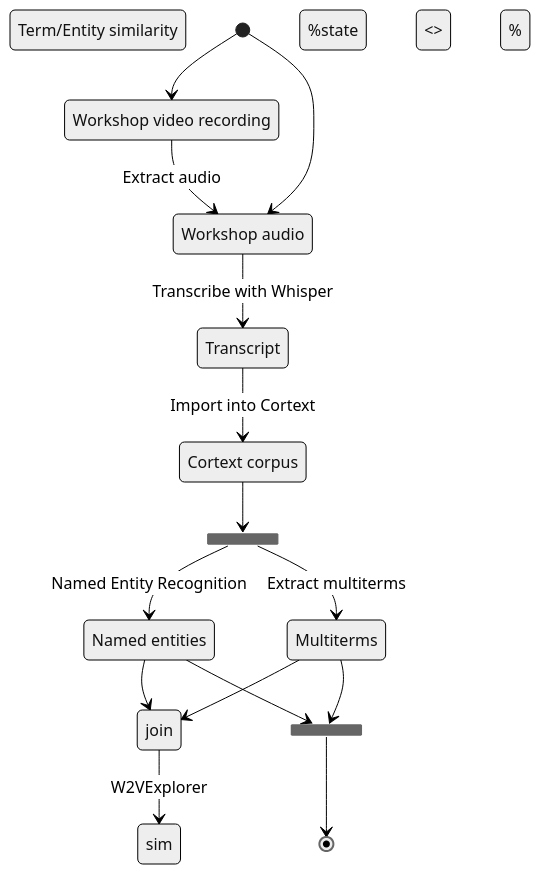
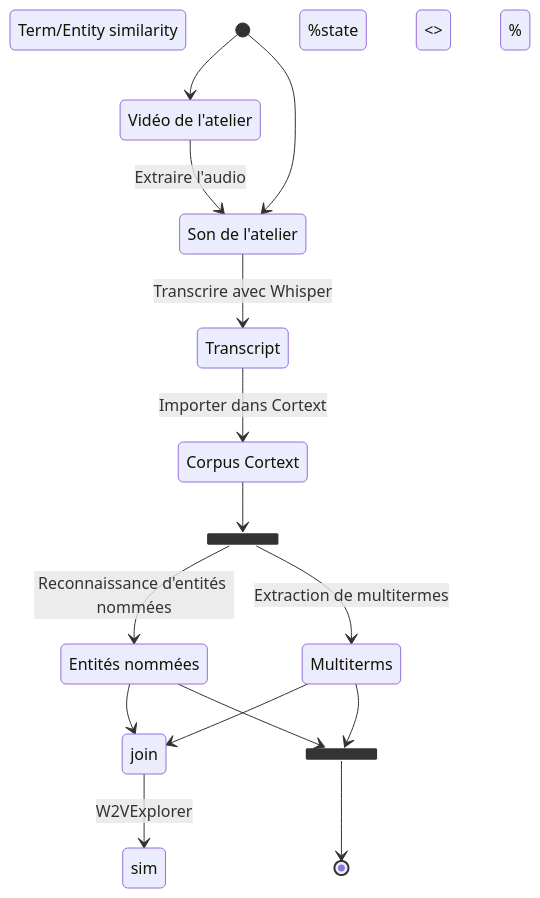
The diagram in data-visualization/src/pages/reports/js-2025-workshop-analysis-fr.md (VCityTeam/PEPR-VDBI), drawn with Mermaid before and after one commit. The commit also changed 1 other file, not shown here.

Commit message:
update method fr

````diff
--- a/data-visualization/src/pages/reports/js-2025-workshop-analysis-fr.md
+++ b/data-visualization/src/pages/reports/js-2025-workshop-analysis-fr.md
@@ -133,37 +133,32 @@
 ```mermaid
----
-config:
-  theme: neutral
----
-
 stateDiagram-v2
 
   %%direction LR
 
-  video     : Workshop video recording
-  audio     : Workshop audio
-  corpus    : Cortext corpus
-  entities  : Named entities
+  video     : Vidéo de l'atelier
+  audio     : Son de l'atelier
+  corpus    : Corpus Cortext
+  entities  : Entités nommées
   %sim       : Term/Entity similarity
 
   [*] --> video
   [*] --> audio
-  video --> audio       : Extract audio
-  audio --> Transcript  : Transcribe with Whisper
-  Transcript --> corpus         : Import into Cortext
+  video --> audio       : Extraire l'audio
+  audio --> Transcript  : Transcrire avec Whisper
+  Transcript --> corpus         : Importer dans Cortext
 
   state fork2 <<fork>>
     corpus --> fork2
-    fork2 --> entities    : Named Entity Recognition
-    fork2 --> Multiterms  : Extract multiterms
+    fork2 --> entities    : Reconnaissance d'entités nommées
+    fork2 --> Multiterms  : Extraction de multitermes
 
   %state join <<join>>
   %  Multiterms --> join
   %  entities --> join
   %  join --> sim : W2VExplorer
 
   state join2 <<join>>
     entities --> join2
     Multiterms --> join2
     join2 --> [*]
 ```
````
